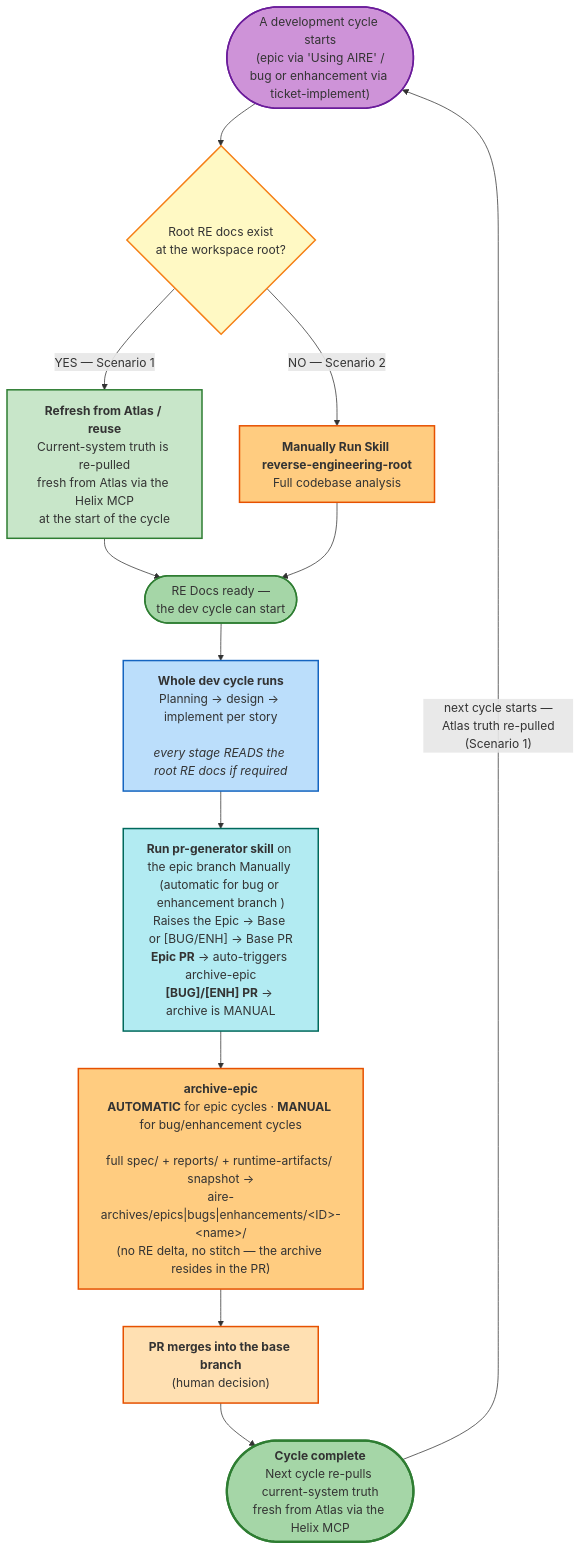
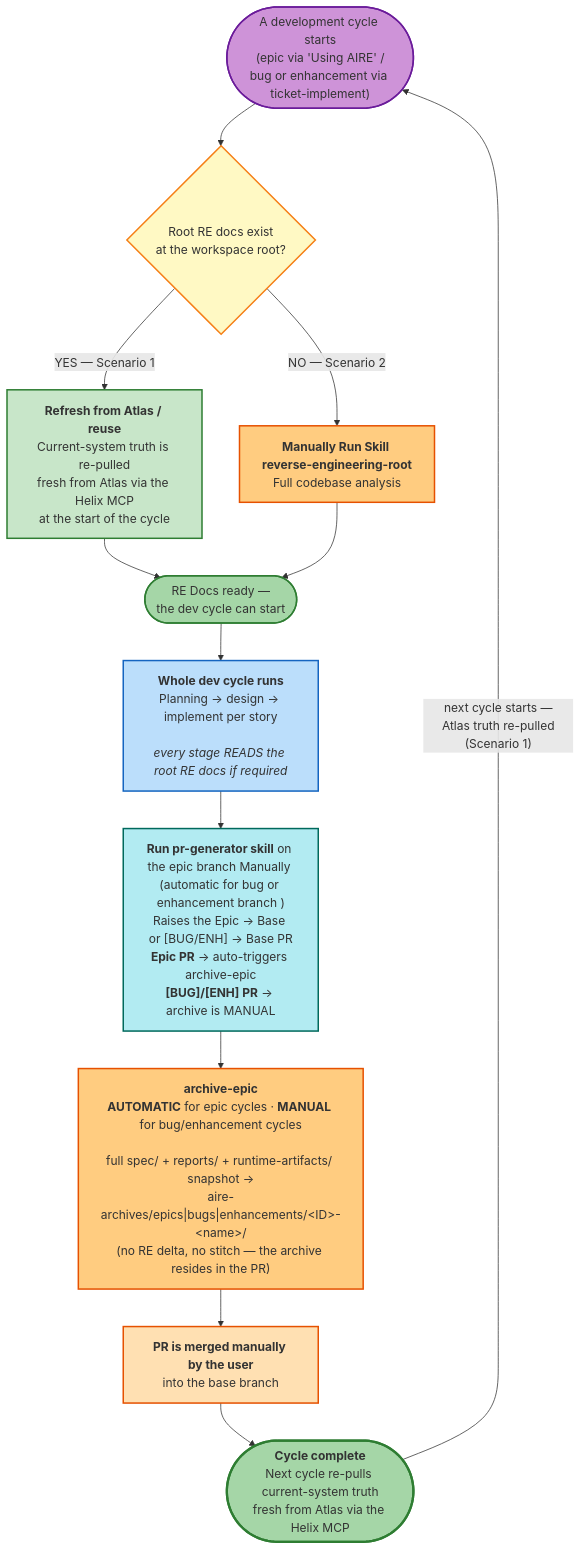
The seventh of 13 diagrams in aire-workflow/aire-workflow-diagram.md (Shailendrayadav0666/billing-cycle-copy), drawn with Mermaid before and after one commit. The commit also changed other lines of this file and 48 other files, not shown here.

````diff
--- a/aire-workflow/aire-workflow-diagram.md
+++ b/aire-workflow/aire-workflow-diagram.md
@@ -1108,36 +1175,36 @@
 ```mermaid
 flowchart TD
     START(["A development cycle starts<br/>(epic via 'Using AIRE' /<br/>bug or enhancement via ticket-implement)"])
 
     START --> EXIST{"Root RE docs exist<br/>at the workspace root?"}
 
     EXIST -->|"YES — Scenario 1"| REUSE["<b>Refresh from Atlas / reuse</b><br/>Current-system truth is re-pulled<br/>fresh from Atlas via the Helix MCP<br/>at the start of the cycle"]
 
     EXIST -->|"NO — Scenario 2"| RROOT["<b>Manually Run Skill reverse-engineering-root</b><br/>Full codebase analysis"]
 
     REUSE --> READY(["RE Docs ready —<br/>the dev cycle can start"])
     RROOT --> READY
 
     READY --> DEV["<b>Whole dev cycle runs</b><br/>Planning → design → implement per story<br/><br/><i>every stage READS the root RE docs if required</i>"]
 
     DEV --> PRGEN["<b>Run pr-generator skill</b> on the epic branch Manually (automatic for bug or enhancement branch )<br/>Raises the Epic → Base or [BUG/ENH] → Base PR<br/><b>Epic PR</b> → auto-triggers archive-epic<br/><b>[BUG]/[ENH] PR</b> → archive is MANUAL"]
 
     PRGEN --> ARCHIVE["<b>archive-epic</b><br/><b>AUTOMATIC</b> for epic cycles · <b>MANUAL</b> for bug/enhancement cycles<br/><i></i><br/>full spec/ + reports/ + runtime-artifacts/ snapshot →<br/>aire-archives/epics|bugs|enhancements/&lt;ID&gt;-&lt;name&gt;/<br/>(no RE delta, no stitch — the archive resides in the PR)"]
 
-    ARCHIVE --> MERGE["<b>PR merges into the base branch</b><br/>(human decision)"]
+    ARCHIVE --> MERGE["<b>PR is merged manually by the user</b><br/>into the base branch"]
 
     MERGE --> FRESH(["<b>Cycle complete</b><br/>Next cycle re-pulls current-system truth<br/>fresh from Atlas via the Helix MCP"])
 
     FRESH -->|"next cycle starts —<br/> Atlas truth re-pulled (Scenario 1)"| START
 
     style START fill:#CE93D8,stroke:#6A1B9A,stroke-width:2px
     style EXIST fill:#FFF9C4,stroke:#F57F17,stroke-width:2px
     style REUSE fill:#C8E6C9,stroke:#2E7D32,stroke-width:2px
     style RROOT fill:#FFCC80,stroke:#E65100,stroke-width:2px
     style READY fill:#A5D6A7,stroke:#2E7D32,stroke-width:2px
     style DEV fill:#BBDEFB,stroke:#1565C0,stroke-width:2px
     style PRGEN fill:#B2EBF2,stroke:#00695C,stroke-width:2px
     style ARCHIVE fill:#FFCC80,stroke:#E65100,stroke-width:2px
     style MERGE fill:#FFE0B2,stroke:#E65100,stroke-width:2px
     style FRESH fill:#A5D6A7,stroke:#2E7D32,stroke-width:3px
 ```
````
